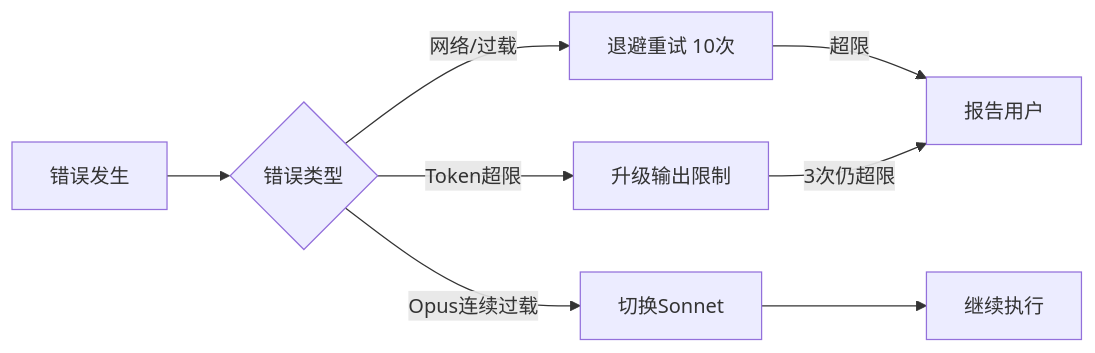
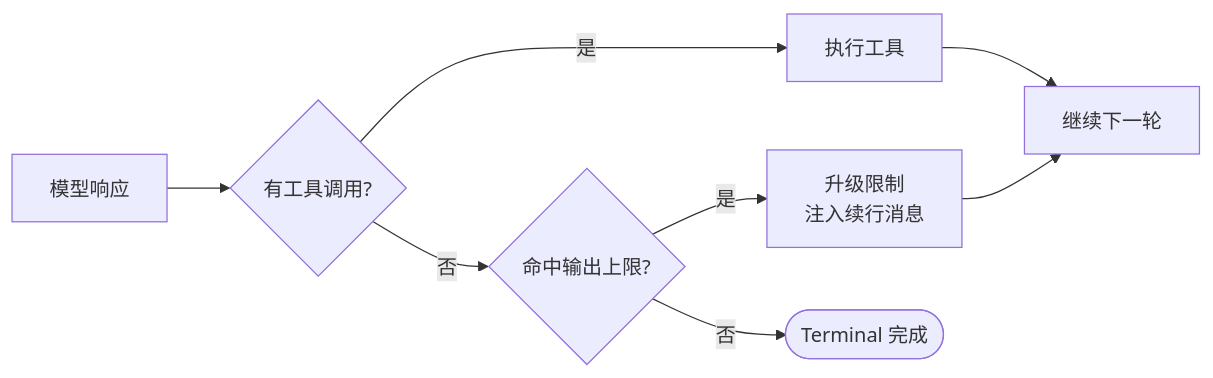
The second of 3 diagrams in content/blog/zh/claude-code-agent-loop-query-engine-deep-dive.md (morphph/loreai-v2), drawn with Mermaid before and after one commit. The commit also changed other lines of this file and 1 other file, not shown here.

First line of the commit message:
fix: improve diagram generation — prefer mermaid over D2, stricter arch assessment

````diff
--- a/content/blog/zh/claude-code-agent-loop-query-engine-deep-dive.md
+++ b/content/blog/zh/claude-code-agent-loop-query-engine-deep-dive.md
@@ -232,10 +154,8 @@
 ```mermaid
 flowchart LR
-  E[错误发生] --> T{错误类型}
-  T -->|网络/过载| R[退避重试 10次]
-  T -->|Token超限| U[升级输出限制]
-  T -->|Opus连续过载| F[切换Sonnet]
-  R -->|超限| X[报告用户]
-  U -->|3次仍超限| X
-  F --> C[继续执行]
+    RESP[模型响应] --> TC{有工具调用?}
+    TC -->|是| EX[执行工具] --> LOOP[继续下一轮]
+    TC -->|否| LIM{命中输出上限?}
+    LIM -->|是| ESC[升级限制\n注入续行消息] --> LOOP
+    LIM -->|否| DONE([Terminal 完成])
 ```
````
